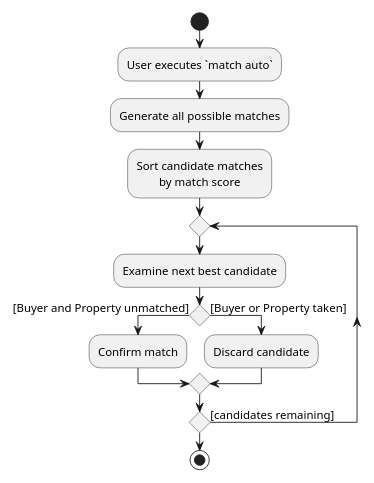
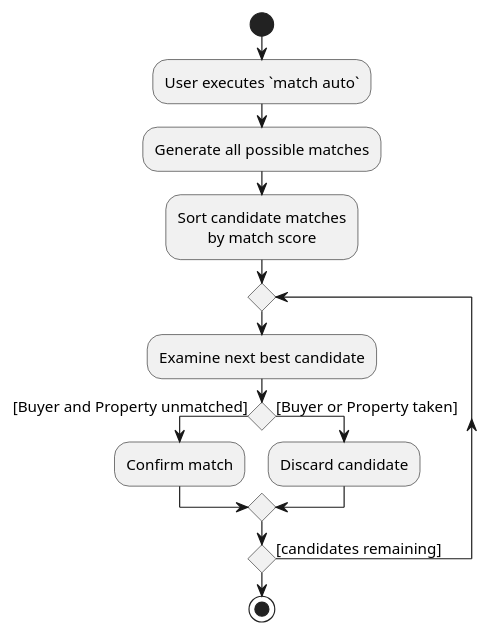
Before and after one commit to waynetee/tp: the diagram in docs/diagrams/MatchAutoActivityDiagram.puml, drawn with PlantUML. The commit also changed 2 other files, not shown here.

```diff
--- a/docs/diagrams/MatchAutoActivityDiagram.puml
+++ b/docs/diagrams/MatchAutoActivityDiagram.puml
@@ -1,20 +1,20 @@
 @startuml
 skinparam defaultTextAlignment center
 skinparam DefaultFontSize 13
-scale 300 width
+scale 400 width
 
 start
 :User executes `match auto`;
 :Generate all possible matches;
 :Sort candidate matches
 by match score;
 repeat
     :Examine next best candidate;
     if () then ([Buyer and Property unmatched])
         :Confirm match;
     else ([Buyer or Property taken])
         :Discard candidate;
     endif
 repeat while () is ([candidates remaining])
 stop
 @enduml
```
